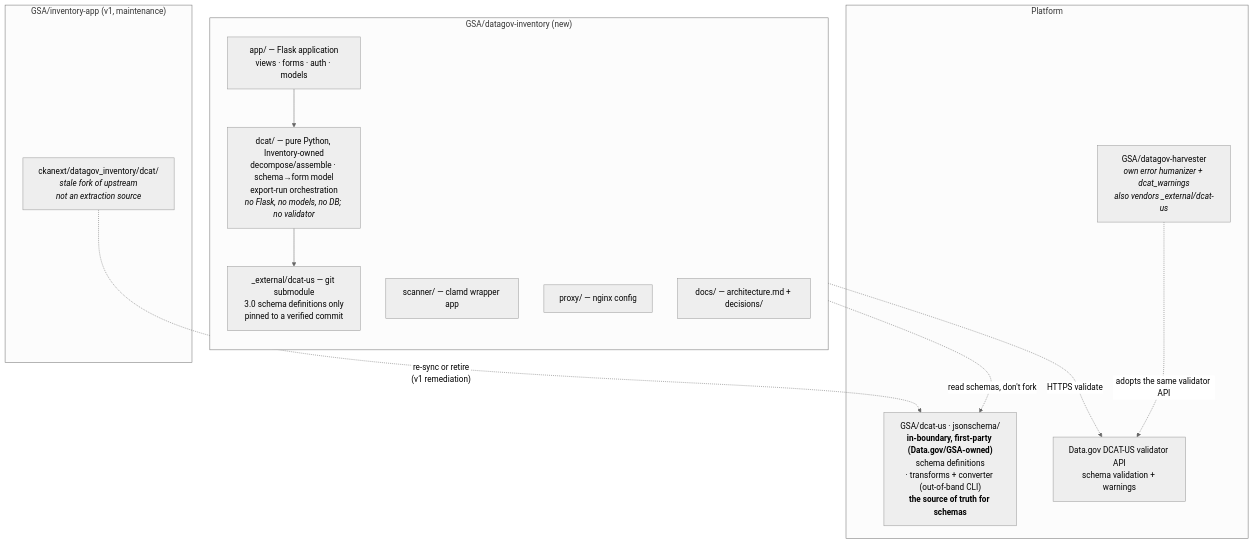
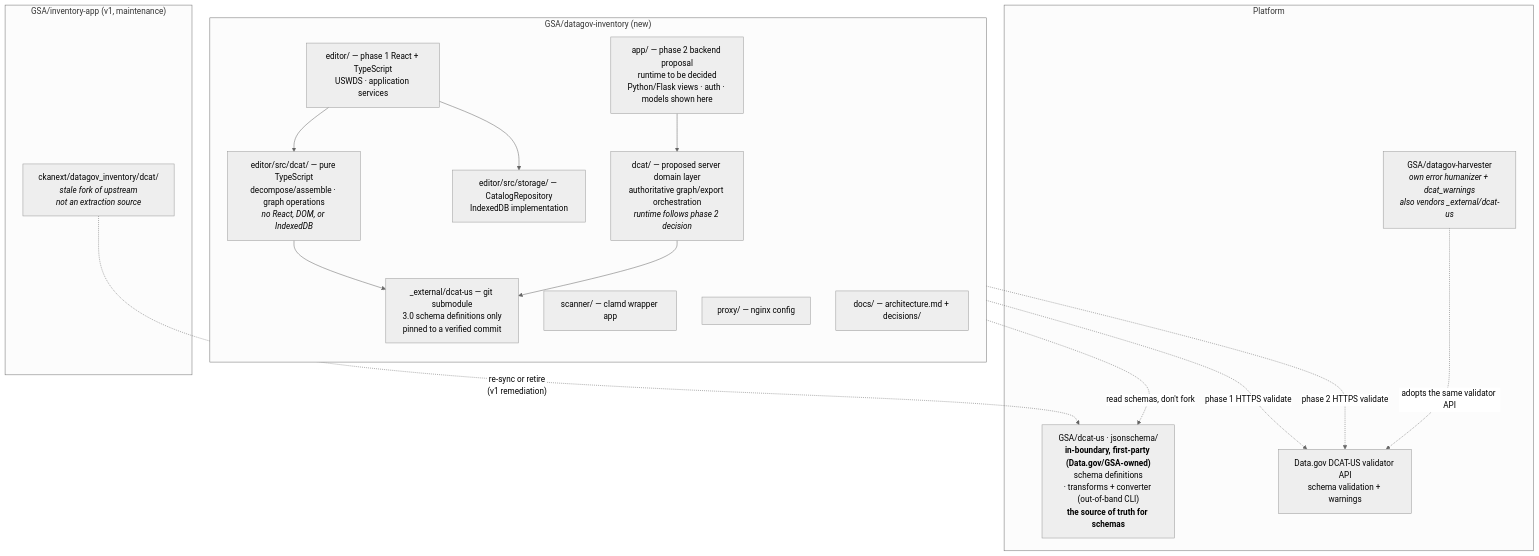
Diagram 11 of 11 in docs/architecture.md (GSA/datagov-inventory), drawn with Mermaid (neutral theme) before and after one commit. The commit also changed other lines of this file and 14 other files, not shown here.

Commit message:
Update docs to account for phase 1 public metadata editor

````diff
--- a/docs/architecture.md
+++ b/docs/architecture.md
@@ -708,29 +887,36 @@
 ```mermaid
 flowchart TB
     subgraph new["GSA/datagov-inventory (new)"]
         direction TB
-        APP["app/ — Flask application<br/>views · forms · auth · models"]
-        LIB["dcat/ — pure Python, Inventory-owned<br/>decompose/assemble · schema→form model<br/>export-run orchestration<br/><i>no Flask, no models, no DB; no validator</i>"]
+        EDITOR["editor/ — phase 1 React + TypeScript<br/>USWDS · application services"]
+        TSLIB["editor/src/dcat/ — pure TypeScript<br/>decompose/assemble · graph operations<br/><i>no React, DOM, or IndexedDB</i>"]
+        STORE["editor/src/storage/ — CatalogRepository<br/>IndexedDB implementation"]
+        APP["app/ — phase 2 backend proposal<br/>runtime to be decided<br/>Python/Flask views · auth · models shown here"]
+        LIB["dcat/ — proposed server domain layer<br/>authoritative graph/export orchestration<br/><i>runtime follows phase 2 decision</i>"]
         SCANAPP["scanner/ — clamd wrapper app"]
         PROXYD["proxy/ — nginx config"]
         DOCS["docs/ — architecture.md + decisions/"]
         SUB["_external/dcat-us — git submodule<br/>3.0 schema definitions only<br/>pinned to a verified commit"]
+        EDITOR --> TSLIB
+        EDITOR --> STORE
+        TSLIB --> SUB
         APP --> LIB
         LIB --> SUB
     end
 
     subgraph old["GSA/inventory-app (v1, maintenance)"]
         CKAN["ckanext/datagov_inventory/dcat/<br/><i>stale fork of upstream</i><br/><i>not an extraction source</i>"]
     end
 
     subgraph plat["Platform"]
         HARV["GSA/datagov-harvester<br/><i>own error humanizer + dcat_warnings</i><br/><i>also vendors _external/dcat-us</i>"]
         UPSTREAM["GSA/dcat-us · jsonschema/<br/><b>in-boundary, first-party (Data.gov/GSA-owned)</b><br/>schema definitions<br/>· transforms + converter (out-of-band CLI)<br/><b>the source of truth for schemas</b>"]
         VALAPI["Data.gov DCAT-US validator API<br/>schema validation + warnings"]
     end
 
     SUB -.->|"read schemas, don't fork"| UPSTREAM
-    LIB -.->|"HTTPS validate"| VALAPI
+    EDITOR -.->|"phase 1 HTTPS validate"| VALAPI
+    LIB -.->|"phase 2 HTTPS validate"| VALAPI
     CKAN -.->|"re-sync or retire<br/>(v1 remediation)"| UPSTREAM
     HARV -.->|"adopts the same validator API"| VALAPI
 ```
````
